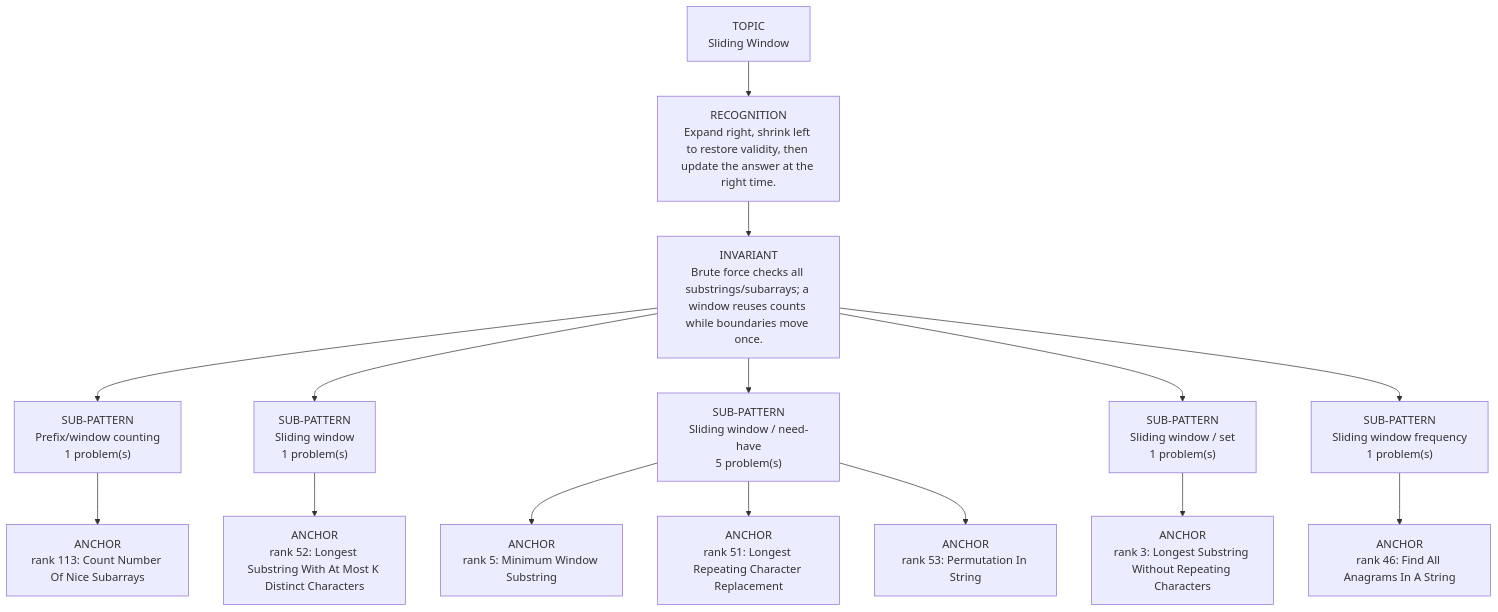
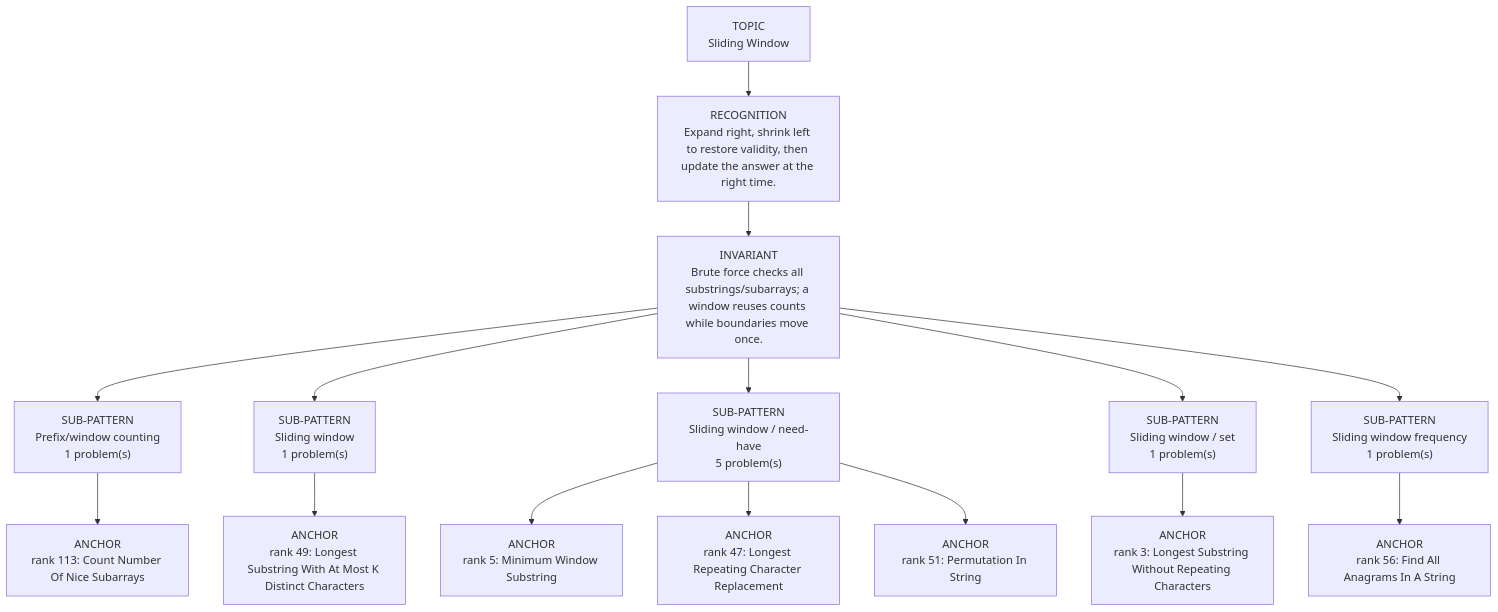
One commit to thechiranjeevjain/DSA10days changed the diagram in dsa-review/interview/patterns/03_sliding_window.md. Above: the diagram before and after it, drawn with Mermaid. The commit also changed other lines of this file and 36 other files, not shown here.

````diff
--- a/dsa-review/interview/patterns/03_sliding_window.md
+++ b/dsa-review/interview/patterns/03_sliding_window.md
@@ -15,19 +15,19 @@
 ```mermaid
 flowchart TD
   Topic["TOPIC<br/>Sliding Window"]
   Recognition["RECOGNITION<br/>Expand right, shrink left to restore validity, then update the answer at the right time."]
   Invariant["INVARIANT<br/>Brute force checks all substrings/subarrays; a window reuses counts while boundaries move once."]
   Topic --> Recognition --> Invariant
   Invariant --> Sub01["SUB-PATTERN<br/>Prefix/window counting<br/>1 problem(s)"]
   Sub01 --> Sub01A01["ANCHOR<br/>rank 113: Count Number Of Nice Subarrays"]
   Invariant --> Sub02["SUB-PATTERN<br/>Sliding window<br/>1 problem(s)"]
-  Sub02 --> Sub02A01["ANCHOR<br/>rank 52: Longest Substring With At Most K Distinct Characters"]
+  Sub02 --> Sub02A01["ANCHOR<br/>rank 49: Longest Substring With At Most K Distinct Characters"]
   Invariant --> Sub03["SUB-PATTERN<br/>Sliding window / need-have<br/>5 problem(s)"]
   Sub03 --> Sub03A01["ANCHOR<br/>rank 5: Minimum Window Substring"]
-  Sub03 --> Sub03A02["ANCHOR<br/>rank 51: Longest Repeating Character Replacement"]
-  Sub03 --> Sub03A03["ANCHOR<br/>rank 53: Permutation In String"]
+  Sub03 --> Sub03A02["ANCHOR<br/>rank 47: Longest Repeating Character Replacement"]
+  Sub03 --> Sub03A03["ANCHOR<br/>rank 51: Permutation In String"]
   Invariant --> Sub04["SUB-PATTERN<br/>Sliding window / set<br/>1 problem(s)"]
   Sub04 --> Sub04A01["ANCHOR<br/>rank 3: Longest Substring Without Repeating Characters"]
   Invariant --> Sub05["SUB-PATTERN<br/>Sliding window frequency<br/>1 problem(s)"]
-  Sub05 --> Sub05A01["ANCHOR<br/>rank 46: Find All Anagrams In A String"]
+  Sub05 --> Sub05A01["ANCHOR<br/>rank 56: Find All Anagrams In A String"]
 ```
````
